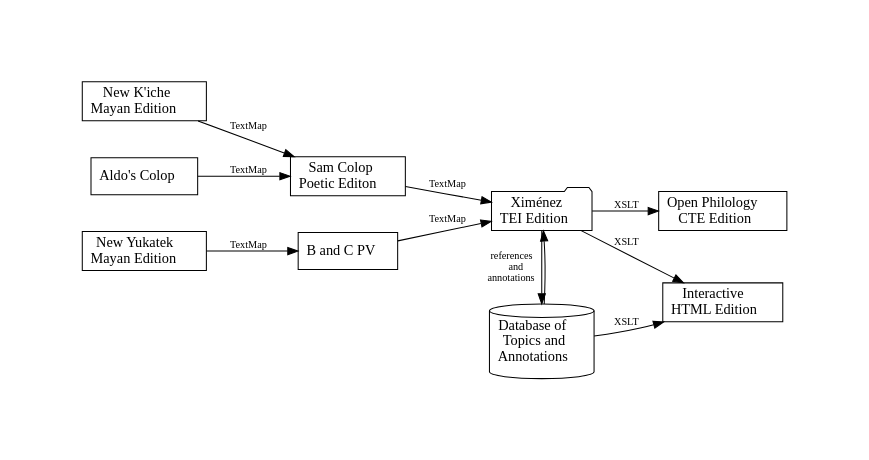
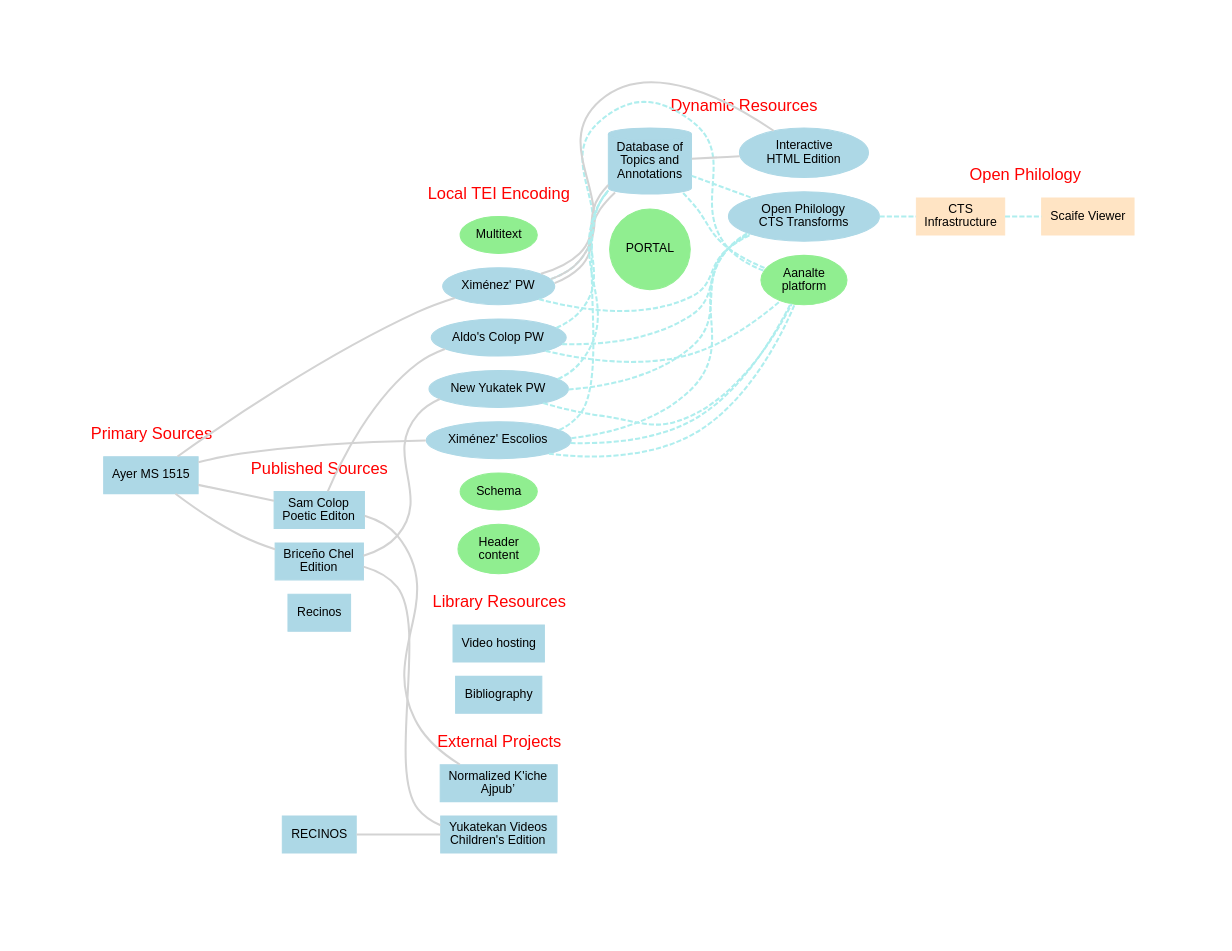
One commit to Multepal/popolwuj-original changed the diagram in exhibits/info-arch.dot. Above: the diagram before and after it, drawn with Graphviz. The commit also changed 10 other files, not shown here.

```diff
--- a/exhibits/info-arch.dot
+++ b/exhibits/info-arch.dot
@@ -1,33 +1,147 @@
-digraph InfoArch {
+graph InfoArch {
 
     rankdir=LR
-    graph [pad="1", nodesep=".5", ranksep=".5", overlap=false]
-    edge [fontsize=10, labelfloat=false]
-    node [shape="rounded"]
+    graph [pad="1", nodesep=".2" ranksep=".5" overlap=false]
+    edge [fontsize=10, labelfloat=false penwidth=2 color=lightgrey]
+    node [shape="rounded" fontsize=12 style="filled" fontname="arial" color=lightblue]
 
-    XOM [label=<Ximénez<br/>TEI Edition> shape=folder]
-    HTML [label=<Interactive<br/>HTML Edition>]
-    CTE [label=<Open Philology<br/>CTE Edition>]
-    DRUPAL [label=<Database of<br/>Topics and<br/>Annotations> shape=cylinder]
-    COLOP [label=<Sam Colop<br/>Poetic Editon>]
-    MAYAN1 [label=<New Yukatek<br/>Mayan Edition>]
-    MAYAN2 [label=<New K'iche<br/>Mayan Edition>]
-    COLOP2 [label=<Aldo's Colop>]
-    PVX [label=<B and C PV>]
+    // NODES
 
-    {XOM, DRUPAL} -> HTML [label="XSLT"]
-    XOM -> DRUPAL [label=<references&nbsp;&nbsp;<br/>and&nbsp;&nbsp;<br/>annotations&nbsp;&nbsp;>]
-    DRUPAL -> XOM [label=""]
-    XOM -> CTE [label="XSLT"] 
+    subgraph cluster_EXTERNAL {
+        fontname="arial"
+        fontcolor="red"
+        fontsize=16
+        label = "External Projects"
+        color = transparent 
+        YUK [label=<Yukatekan Videos<br/>Children's Edition>]
+        KICHE [label=<Normalized K'iche<br/>Ajpub’>]
+    }
+    
+    subgraph cluster_PS {
+        color = transparent 
+        fontcolor="red"
+        fontname="arial"
+        fontsize=16
+        label="Primary Sources"
+        MS1515 [label=<Ayer MS 1515> group="MS"]
+    }
+    
+    subgraph cluster_TEI {
+        color = transparent 
+        fontcolor="red"
+        fontname="arial"
+        fontsize=16
+        label = "Local TEI Encoding"
+        MULTI [label="Multitext" shape="ellipse" color=lightgreen]
+        XOM [label=<Ximénez' PW> shape="ellipse"]
+        ESCOLIOS [label=<Ximénez' Escolios> shape="ellipse"]
+        MAYAN1 [label=<New Yukatek PW> shape="ellipse"]
+        COLOP2 [label=<Aldo's Colop PW> shape="ellipse"]
+        SCHEMA [label="Schema" shape="ellipse" color=lightgreen]
+        HEADER [label="Header\ncontent" shape="ellipse" color=lightgreen]
+    }
 
-    /* XOM -> COLOP -> {MAYAN1, MAYAN2} [label="TextMap"] */
+    subgraph cluster_BOOKS {
+        color = transparent 
+        fontcolor="red"
+        fontname="arial"
+        fontsize=16
+        label = "Published Sources"
+        COLOP [label=<Sam Colop<br/>Poetic Editon> group="BOOKS"]
+        CHEL [label=<Briceño Chel<br/>Edition> group="BOOKS"]
+        RECINO [label="Recinos"]
+    }
 
-    {MAYAN2; COLOP2} -> COLOP -> XOM [label="TextMap"]
-    MAYAN1 -> PVX -> XOM [label="TextMap"]
+    subgraph cluster_CODE {
+        color = transparent 
+        fontname="arial"
+        fontcolor="red"
+        fontsize=16
+        label = "Dynamic Resources"
+        AANALTE [label="Aanalte\nplatform" shape="ellipse" color=lightgreen]
+        HTML [label=<Interactive<br/>HTML Edition> shape="ellipse"]
+        DRUPAL [label=<Database of<br/>Topics and<br/>Annotations> shape=cylinder]
+        CTS [label=<Open Philology<br/>CTS Transforms>  shape="ellipse"]
+        PORTAL [shape="circle" color=lightgreen]
+        
+    }
+
+    subgraph cluster_CTS {
+        color = transparent 
+        fontname="arial"
+        fontcolor="red"
+        fontsize=16
+        label = "Open Philology"
+        node [color=bisque]
+        CTSPLAT [label="CTS\nInfrastructure"]
+        SCAIFFE [label="Scaife Viewer"]
+    }
+
+    subgraph cluster_LIB {
+        color = transparent 
+        fontname="arial"
+        fontcolor="red"
+        fontsize=16
+        label = "Library Resources"
+        VIDEO [label="Video hosting"]
+        BIBLIO [label="Bibliography"]
+    }
+
+    // EDGES
+
+    MS1515 -- ESCOLIOS
+    MS1515 -- XOM
+    MS1515 -- CHEL
+    MS1515 -- COLOP    
     
-    {rank=same; HTML; CTE}
-    {rank=same; MAYAN2; MAYAN2}
-    {rank=same; XOM; DRUPAL}
+    COLOP -- KICHE
+    COLOP -- COLOP2
+
+    CHEL -- YUK
+    RECINOS -- YUK
+    CHEL -- MAYAN1
+    
+    XOM -- DRUPAL
+    XOM -- DRUPAL 
+
+    XOM -- HTML
+    DRUPAL -- HTML
+    
+    edge [style="dashed" color=paleturquoise]
+    
+    ESCOLIOS -- DRUPAL
+    MAYAN1 -- DRUPAL
+    COLOP2 -- DRUPAL
+    
+    XOM -- CTS
+    MAYAN1 -- CTS 
+    ESCOLIOS -- CTS 
+    COLOP2 -- CTS
+
+    ESCOLIOS -- AANALTE 
+    XOM -- AANALTE 
+    
+    MAYAN1 -- AANALTE
+    ESCOLIOS -- AANALTE
+    COLOP2 -- AANALTE
+    
+    DRUPAL -- AANALTE 
+    DRUPAL -- CTS
+
+    CTS -- CTSPLAT -- SCAIFFE
 
 
+
+    // PORTAL -- VIDEO
+    // PORTAL -- BIBLIO
+    // PORTAL -- AANALTE
+    // PORTAL -- CTS
+    // PORTAL -- DRUPAL
+
+    edge [style=invis]
+    CHEL -- BIBLIO
+
+
+    
+ 
 }
```
